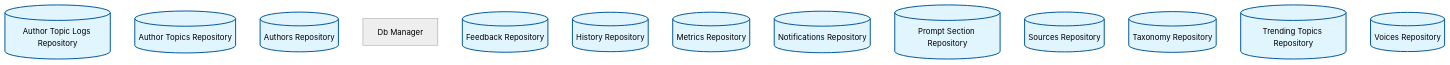
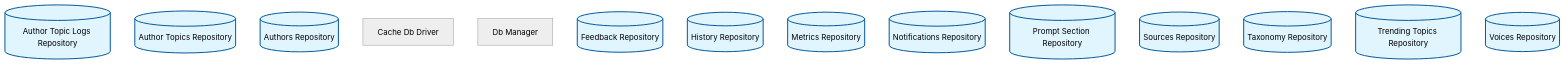
One commit to rpnunez/wp-ai-scheduler changed the eighth of 10 diagrams in docs/feature-report.md. Above: the diagram before and after it, drawn with Mermaid (neutral theme). The commit also changed other lines of this file and 3 other files, not shown here.

````diff
--- a/docs/feature-report.md
+++ b/docs/feature-report.md
@@ -408,24 +409,25 @@
 ```mermaid
 flowchart TD
     %% Database Architecture
 
     Author_Topic_Logs_Repository[("Author Topic Logs Repository")]
     Author_Topics_Repository[("Author Topics Repository")]
     Authors_Repository[("Authors Repository")]
+    Cache_Db_Driver["Cache Db Driver"]
     DB_Manager["Db Manager"]
     Feedback_Repository[("Feedback Repository")]
     History_Repository[("History Repository")]
     Metrics_Repository[("Metrics Repository")]
     Notifications_Repository[("Notifications Repository")]
     Prompt_Section_Repository[("Prompt Section Repository")]
     Sources_Repository[("Sources Repository")]
     Taxonomy_Repository[("Taxonomy Repository")]
     Trending_Topics_Repository[("Trending Topics Repository")]
     Voices_Repository[("Voices Repository")]
 
 
     classDef repository fill:#e1f5ff,stroke:#01579b,stroke-width:2px
     classDef service fill:#fff3e0,stroke:#e65100,stroke-width:2px
     classDef controller fill:#f3e5f5,stroke:#4a148c,stroke-width:2px
     class Author_Topic_Logs_Repository,Author_Topics_Repository,Authors_Repository,Feedback_Repository,History_Repository,Metrics_Repository,Notifications_Repository,Prompt_Section_Repository,Sources_Repository,Taxonomy_Repository,Trending_Topics_Repository,Voices_Repository repository
 ```
````
